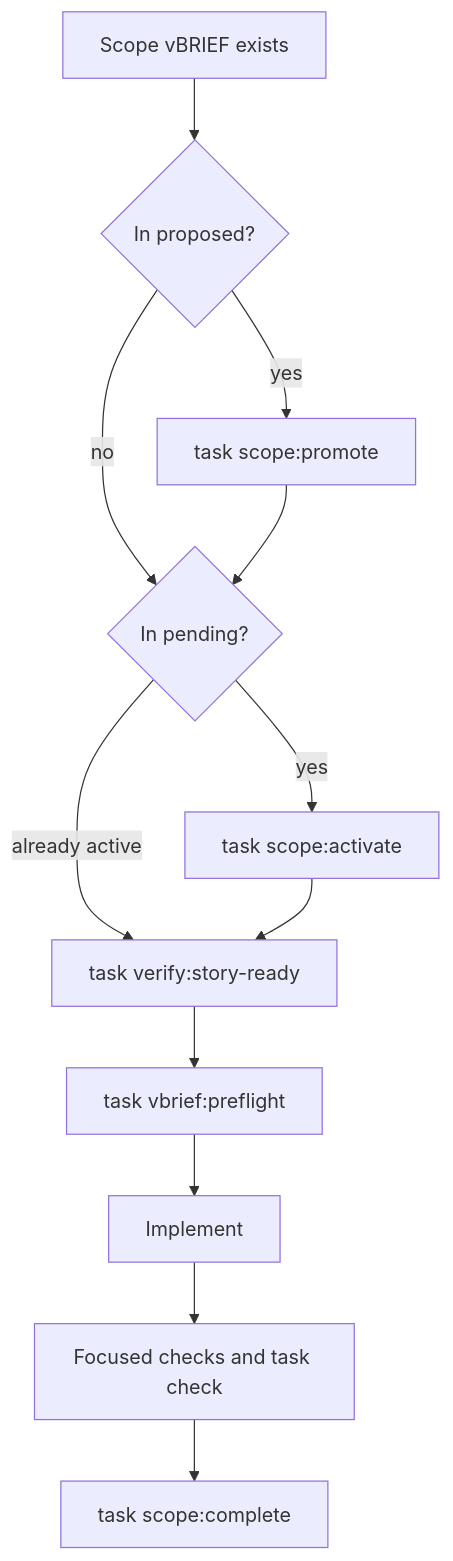
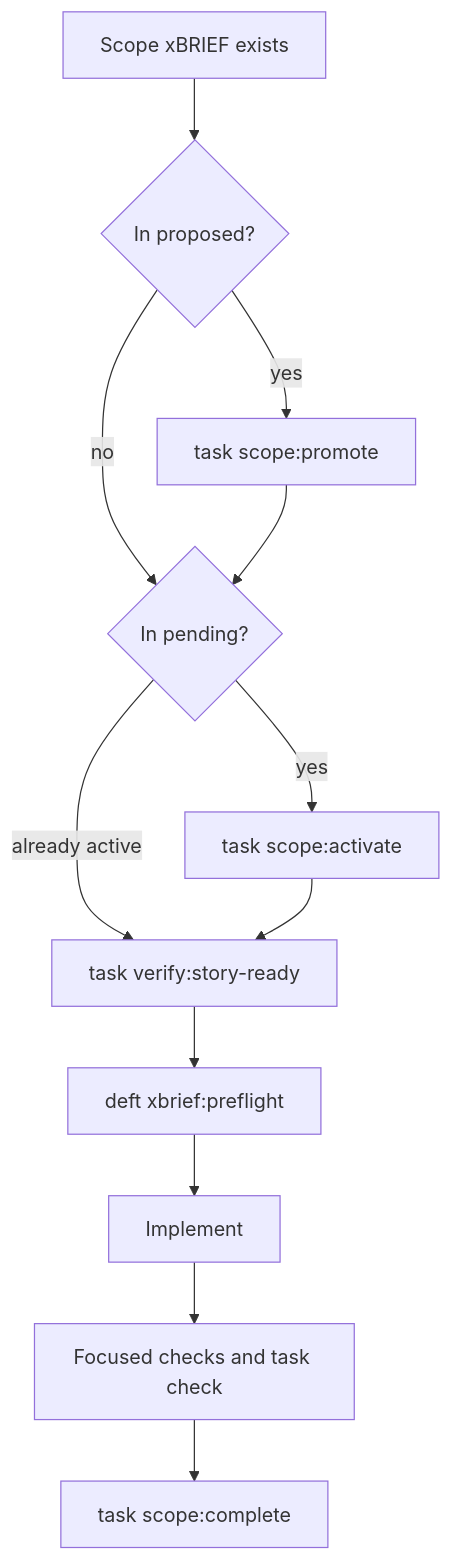
The second of 5 diagrams in content/commands.md (dbcall2/directive), drawn with Mermaid before and after one commit. The commit also changed other lines of this file and 44 other files, not shown here.

````diff
--- a/content/commands.md
+++ b/content/commands.md
@@ -104,14 +108,14 @@
 ```mermaid
 flowchart TD
-    Candidate["Scope vBRIEF exists"] --> Promote{"In proposed?"}
+    Candidate["Scope xBRIEF exists"] --> Promote{"In proposed?"}
     Promote -->|"yes"| PromoteTask["task scope:promote"]
     Promote -->|"no"| ActivateCheck{"In pending?"}
     PromoteTask --> ActivateCheck
     ActivateCheck -->|"yes"| ActivateTask["task scope:activate"]
     ActivateCheck -->|"already active"| StoryReady["task verify:story-ready"]
     ActivateTask --> StoryReady
-    StoryReady --> Preflight["task vbrief:preflight"]
+    StoryReady --> Preflight["deft xbrief:preflight"]
     Preflight --> Implement["Implement"]
     Implement --> Checks["Focused checks and task check"]
     Checks --> Complete["task scope:complete"]
 ```
````
